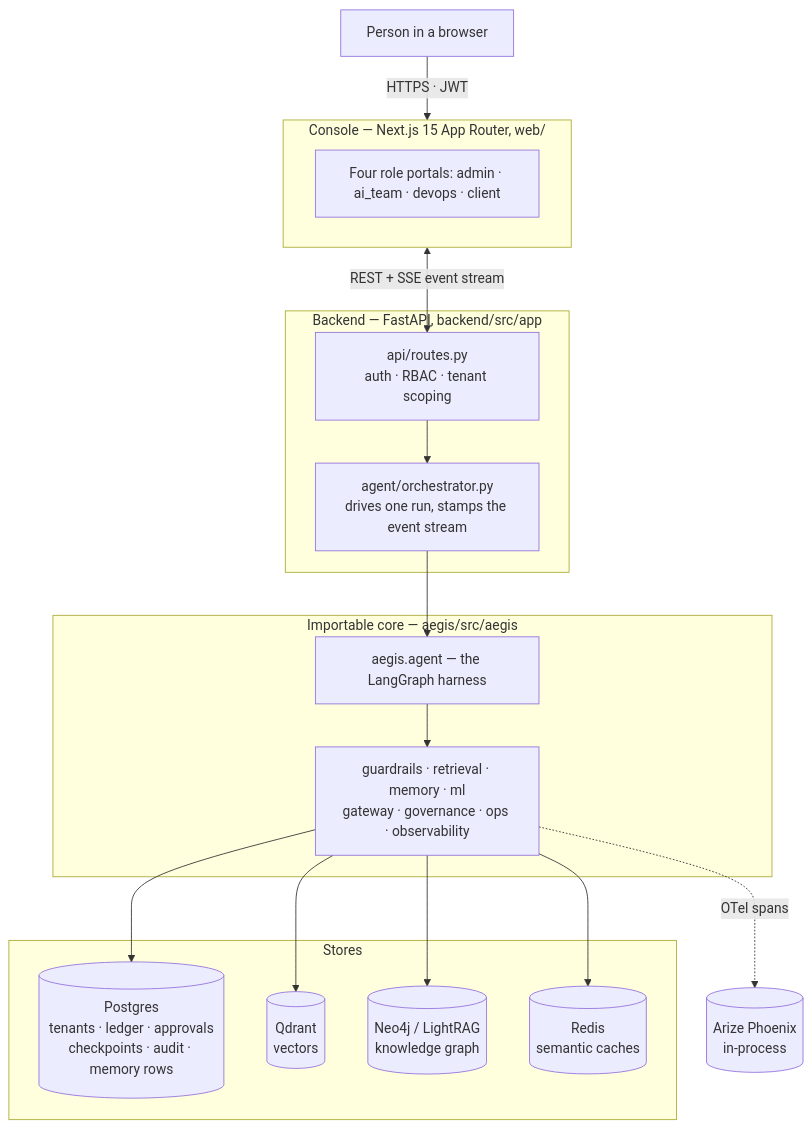
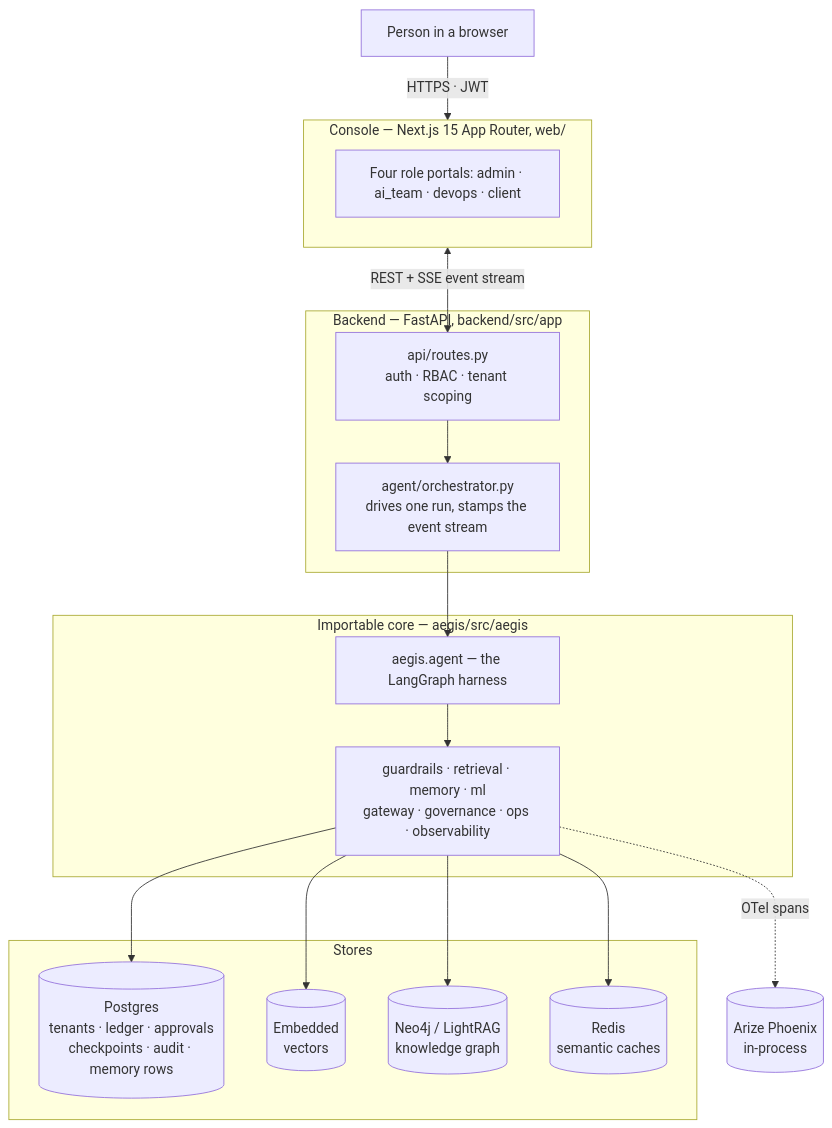
One commit to yrevash/aegis changed the second of 2 diagrams in docs/learn/00-what-aegis-is.md. Above: the diagram before and after it, drawn with Mermaid. The commit also changed other lines of this file and 79 other files, not shown here.

````diff
--- a/docs/learn/00-what-aegis-is.md
+++ b/docs/learn/00-what-aegis-is.md
@@ -156,30 +156,30 @@
 ```mermaid
 flowchart TB
     U["Person in a browser"] -->|"HTTPS · JWT"| WEB
 
     subgraph WEB["Console — Next.js 15 App Router, web/"]
         P["Four role portals: admin · ai_team · devops · client"]
     end
 
     subgraph API["Backend — FastAPI, backend/src/app"]
         R["api/routes.py<br/>auth · RBAC · tenant scoping"]
         O["agent/orchestrator.py<br/>drives one run, stamps the event stream"]
     end
 
     subgraph CORE["Importable core — aegis/src/aegis"]
         G["aegis.agent — the LangGraph harness"]
         CAP["guardrails · retrieval · memory · ml<br/>gateway · governance · ops · observability"]
     end
 
     subgraph STORE["Stores"]
         PG[("Postgres<br/>tenants · ledger · approvals<br/>checkpoints · audit · memory rows")]
-        QD[("Qdrant<br/>vectors")]
+        QD[("Embedded<br/>vectors")]
         NEO[("Neo4j / LightRAG<br/>knowledge graph")]
         RD[("Redis<br/>semantic caches")]
     end
 
     WEB <-->|"REST + SSE event stream"| R
     R --> O --> G --> CAP
     CAP --> PG & QD & NEO & RD
     CAP -.->|"OTel spans"| PHX[("Arize Phoenix<br/>in-process")]
 ```
````
